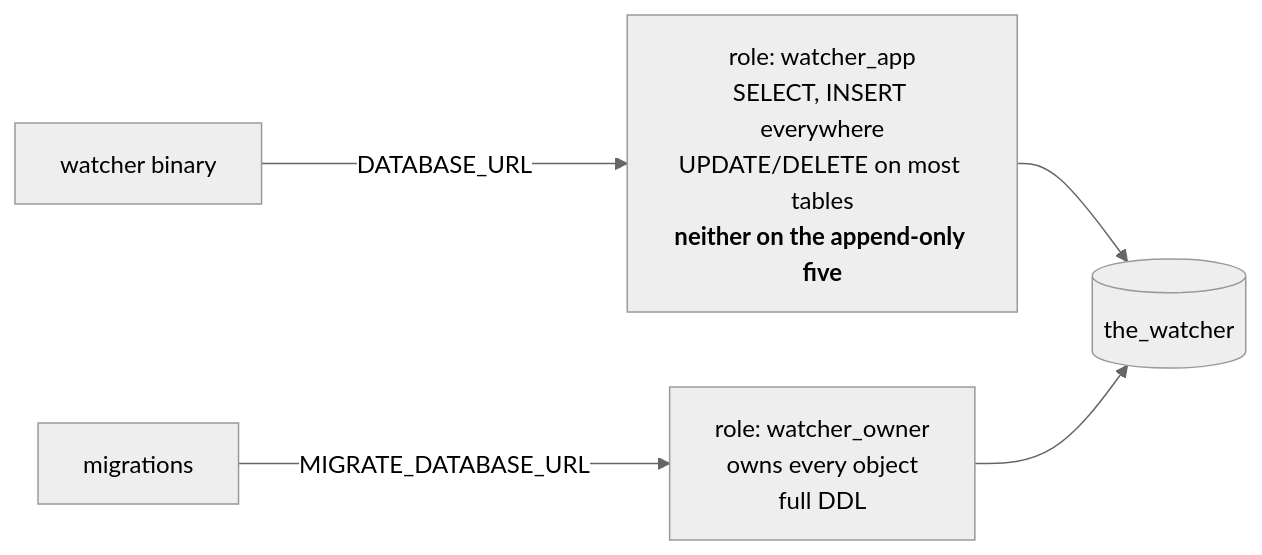
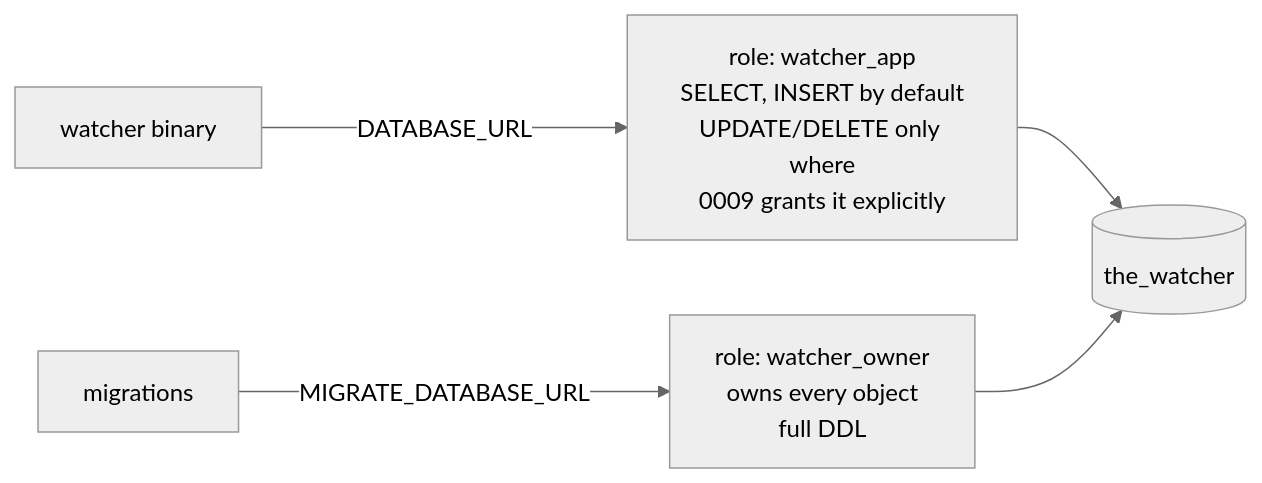
One commit to FMaged/the-watcher changed the first of 2 diagrams in doc/database.md. Above: the diagram before and after it, drawn with Mermaid (neutral theme). The commit also changed other lines of this file and 9 other files, not shown here.

Commit message:
feat: Add the two database roles and the append-only privilege model.

````diff
--- a/doc/database.md
+++ b/doc/database.md
@@ -12,7 +12,7 @@
 ```mermaid
 flowchart LR
-    APP["watcher binary"] -->|"DATABASE_URL"| R1["role: watcher_app<br/>SELECT, INSERT everywhere<br/>UPDATE/DELETE on most tables<br/><b>neither on the append-only five</b>"]
+    APP["watcher binary"] -->|"DATABASE_URL"| R1["role: watcher_app<br/>SELECT, INSERT by default<br/>UPDATE/DELETE only where<br/>0009 grants it explicitly"]
     MIG["migrations"] -->|"MIGRATE_DATABASE_URL"| R2["role: watcher_owner<br/>owns every object<br/>full DDL"]
     R1 --> DB[("the_watcher")]
     R2 --> DB
 ```
````
